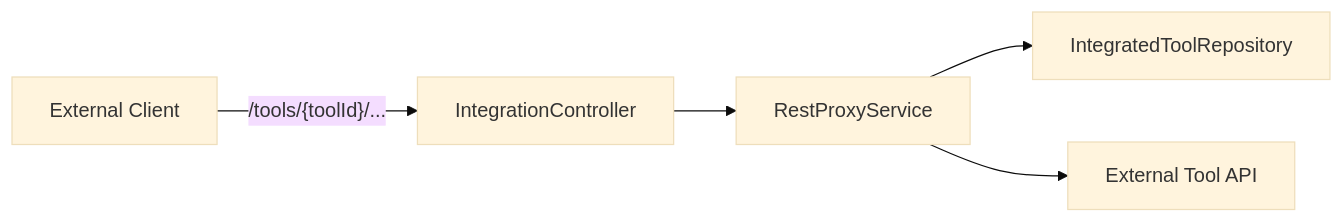
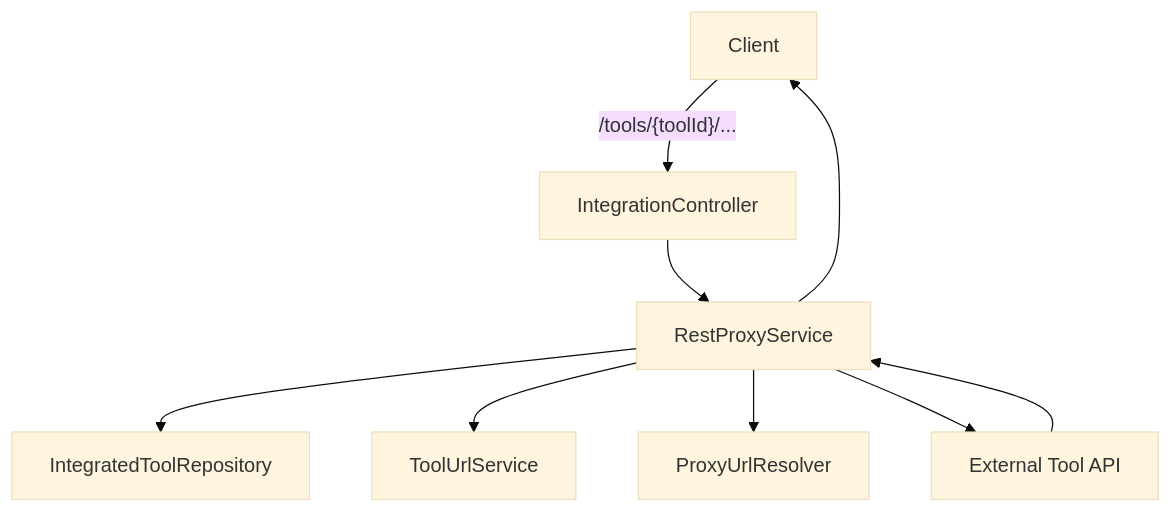
One commit to flamingo-stack/openframe-oss-lib changed the fifth of 6 diagrams in docs/reference/architecture/external-api-service-core/external-api-service-core.md. Above: the diagram before and after it, drawn with Mermaid (base theme). The commit also changed other lines of this file and 172 other files, not shown here.

````diff
--- a/docs/reference/architecture/external-api-service-core/external-api-service-core.md
+++ b/docs/reference/architecture/external-api-service-core/external-api-service-core.md
@@ -228,7 +286,11 @@
 ```mermaid
-flowchart LR
-    Client["External Client"] -->|"/tools/{toolId}/..."| IntegrationController
+flowchart TD
+    Client -->|"/tools/{toolId}/..."| IntegrationController
     IntegrationController --> RestProxyService
-    RestProxyService --> ToolRepo["IntegratedToolRepository"]
-    RestProxyService --> Target["External Tool API"]
+    RestProxyService --> IntegratedToolRepository
+    RestProxyService --> ToolUrlService
+    RestProxyService --> ProxyUrlResolver
+    RestProxyService --> ExternalTool["External Tool API"]
+    ExternalTool --> RestProxyService
+    RestProxyService --> Client
 ```
````
